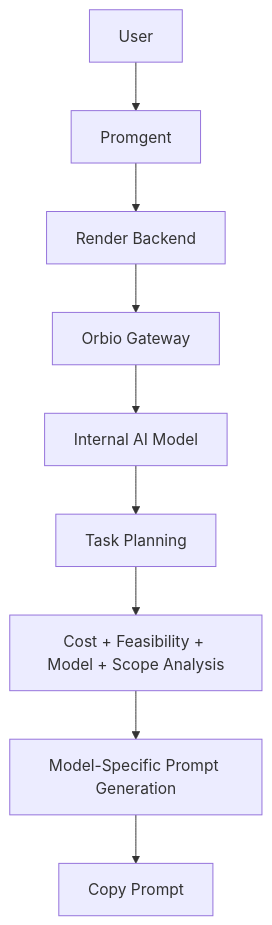
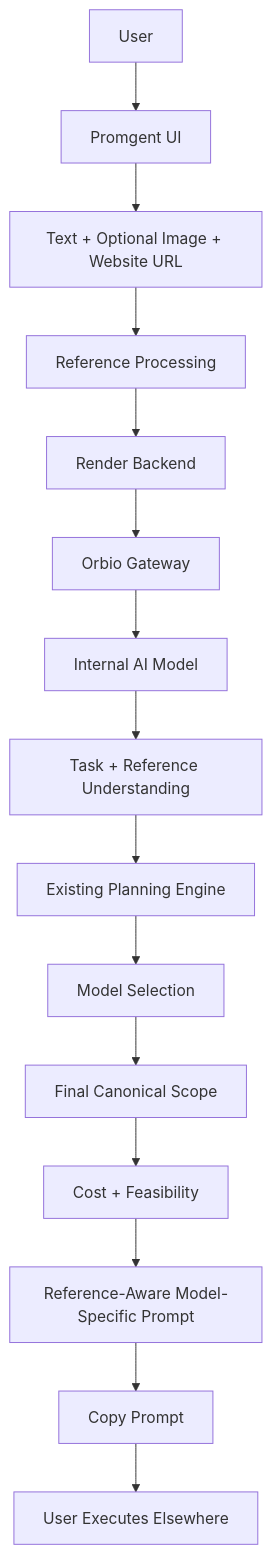
One commit to Nasxx05/inference-manager changed the first of 2 diagrams in README.md. Above: the diagram before and after it, drawn with Mermaid. The commit also changed other lines of this file and 22 other files, not shown here.

First line of the commit message:
feat: add optional image and website URL reference understanding

````diff
--- a/README.md
+++ b/README.md
@@ -21,11 +21,17 @@
 ```mermaid
 flowchart TD
-    A[User] --> B[Promgent]
-    B --> C[Render Backend]
-    C --> D[Orbio Gateway]
-    D --> E[Internal AI Model]
-    E --> F[Task Planning]
-    F --> G[Cost + Feasibility + Model + Scope Analysis]
-    G --> H[Model-Specific Prompt Generation]
-    H --> I[Copy Prompt]
+    A[User] --> B[Promgent UI]
+    B --> C[Text + Optional Image + Website URL]
+    C --> D[Reference Processing]
+    D --> E[Render Backend]
+    E --> F[Orbio Gateway]
+    F --> G[Internal AI Model]
+    G --> H[Task + Reference Understanding]
+    H --> I[Existing Planning Engine]
+    I --> J[Model Selection]
+    J --> K[Final Canonical Scope]
+    K --> L[Cost + Feasibility]
+    L --> M[Reference-Aware Model-Specific Prompt]
+    M --> N[Copy Prompt]
+    N --> O[User Executes Elsewhere]
 ```
````
